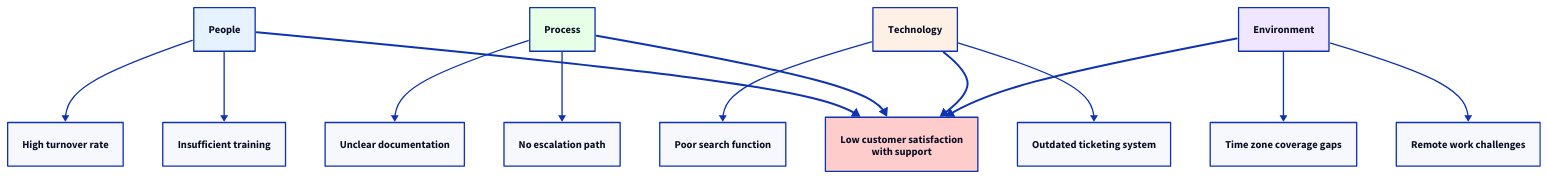
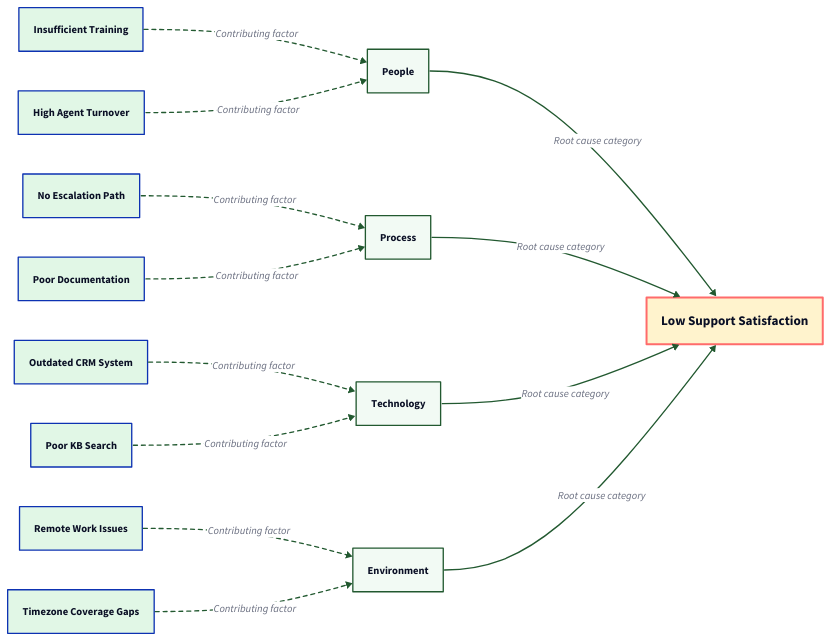
One commit to tallyfy/documentation changed the diagram in src/content/docs/pro/tutorials/how-to/process-improvement/simple-root-cause-analysis-techniques.mdx. Above: the diagram before and after it, drawn with D2. The commit also changed other lines of this file and 605 other files, not shown here.

````diff
--- a/src/content/docs/pro/tutorials/how-to/process-improvement/simple-root-cause-analysis-techniques.mdx
+++ b/src/content/docs/pro/tutorials/how-to/process-improvement/simple-root-cause-analysis-techniques.mdx
@@ -64,73 +65,148 @@
 ```d2
 # Fishbone Diagram - Root Cause Analysis
+direction: right
 
-# Problem Statement (Fish Head)
-Problem: "Low customer satisfaction\nwith support" {
+# Problem (Fish Head)
+Problem: Low Support Satisfaction {
   shape: rectangle
-  style.fill: "#ffcccc"
-  style.bold: true
+  style.fill: "#fff3cd"
+  style.stroke: "#ff6b6b"
+  style.stroke-width: 3
+  style.font-size: 20
 }
 
 # Main Categories (Main Bones)
-People: "People" {
+People: People {
   shape: rectangle
-  style.fill: "#e6f2ff"
+  style.fill: "#f2faf4"
+  style.stroke: "#225930"
+  style.stroke-width: 2
 }
 
-Process: "Process" {
+Process: Process {
   shape: rectangle
-  style.fill: "#e6ffe6"
+  style.fill: "#f2faf4"
+  style.stroke: "#225930"
+  style.stroke-width: 2
 }
 
-Technology: "Technology" {
+Technology: Technology {
   shape: rectangle
-  style.fill: "#fff0e6"
+  style.fill: "#f2faf4"
+  style.stroke: "#225930"
+  style.stroke-width: 2
 }
 
-Environment: "Environment" {
+Environment: Environment {
   shape: rectangle
-  style.fill: "#f0e6ff"
+  style.fill: "#f2faf4"
+  style.stroke: "#225930"
+  style.stroke-width: 2
 }
 
-# Specific Causes (Sub-bones)
-P1: "Insufficient training"
-P2: "High turnover rate"
-
-Pr1: "No escalation path"
-Pr2: "Unclear documentation"
-
-T1: "Outdated ticketing system"
-T2: "Poor search function"
-
-E1: "Remote work challenges"
-E2: "Time zone coverage gaps"
-
-# Main connections (spine and main bones)
-Problem <- People {
-  style.stroke-width: 3
-}
-Problem <- Process {
-  style.stroke-width: 3
-}
-Problem <- Technology {
-  style.stroke-width: 3
-}
-Problem <- Environment {
-  style.stroke-width: 3
+# People Causes (Sub-bones)
+P1: Insufficient Training {
+  shape: rectangle
+  style.fill: "#e1f7e6"
 }
 
-# Sub-connections (smaller bones)
-People -> P1
-People -> P2
-Process -> Pr1
-Process -> Pr2
-Technology -> T1
-Technology -> T2
-Environment -> E1
-Environment -> E2
+P2: High Agent Turnover {
+  shape: rectangle
+  style.fill: "#e1f7e6"
+}
 
-# Note: Clickable links are indicated in the original
-# People link: /products/pro/documenting/members/index/ "Learn about team management"
-# Process link: /products/pro/documenting/templates/index/ "Improve your processes"
-# Technology link: /products/pro/integrations/index/ "Explore integration options"
+# Process Causes
+Pr1: No Escalation Path {
+  shape: rectangle
+  style.fill: "#e1f7e6"
+}
+
+Pr2: Poor Documentation {
+  shape: rectangle
+  style.fill: "#e1f7e6"
+}
+
+# Technology Causes
+T1: Outdated CRM System {
+  shape: rectangle
+  style.fill: "#e1f7e6"
+}
+
+T2: Poor KB Search {
+  shape: rectangle
+  style.fill: "#e1f7e6"
+}
+
+# Environment Causes
+E1: Remote Work Issues {
+  shape: rectangle
+  style.fill: "#e1f7e6"
+}
+
+E2: Timezone Coverage Gaps {
+  shape: rectangle
+  style.fill: "#e1f7e6"
+}
+
+# Connect Causes to Categories (Sub-bones)
+P1 -> People: Contributing factor {
+  style.stroke: "#225930"
+  style.stroke-dash: 3
+}
+
+P2 -> People: Contributing factor {
+  style.stroke: "#225930"
+  style.stroke-dash: 3
+}
+
+Pr1 -> Process: Contributing factor {
+  style.stroke: "#225930"
+  style.stroke-dash: 3
+}
+
+Pr2 -> Process: Contributing factor {
+  style.stroke: "#225930"
+  style.stroke-dash: 3
+}
+
+T1 -> Technology: Contributing factor {
+  style.stroke: "#225930"
+  style.stroke-dash: 3
+}
+
+T2 -> Technology: Contributing factor {
+  style.stroke: "#225930"
+  style.stroke-dash: 3
+}
+
+E1 -> Environment: Contributing factor {
+  style.stroke: "#225930"
+  style.stroke-dash: 3
+}
+
+E2 -> Environment: Contributing factor {
+  style.stroke: "#225930"
+  style.stroke-dash: 3
+}
+
+# Connect Categories to Problem (Main Bones to Head)
+People -> Problem: Root cause category {
+  style.stroke: "#225930"
+  style.stroke-width: 2
+}
+
+Process -> Problem: Root cause category {
+  style.stroke: "#225930"
+  style.stroke-width: 2
+}
+
+Technology -> Problem: Root cause category {
+  style.stroke: "#225930"
+  style.stroke-width: 2
+}
+
+Environment -> Problem: Root cause category {
+  style.stroke: "#225930"
+  style.stroke-width: 2
+}
 ```
````
